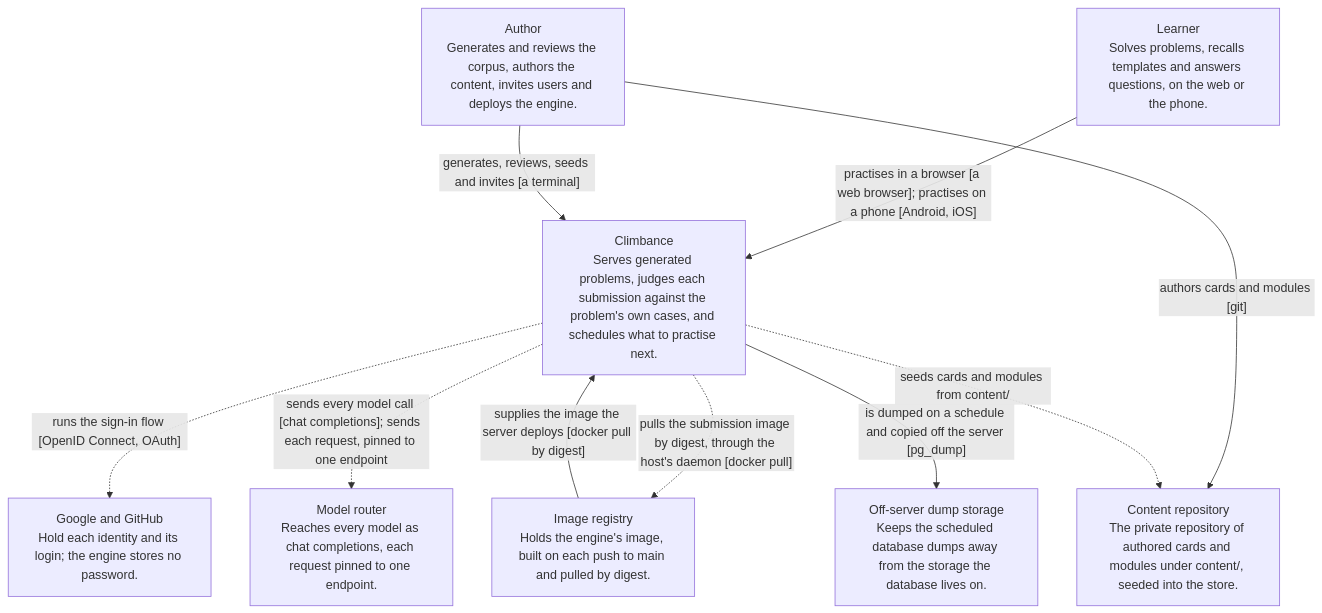
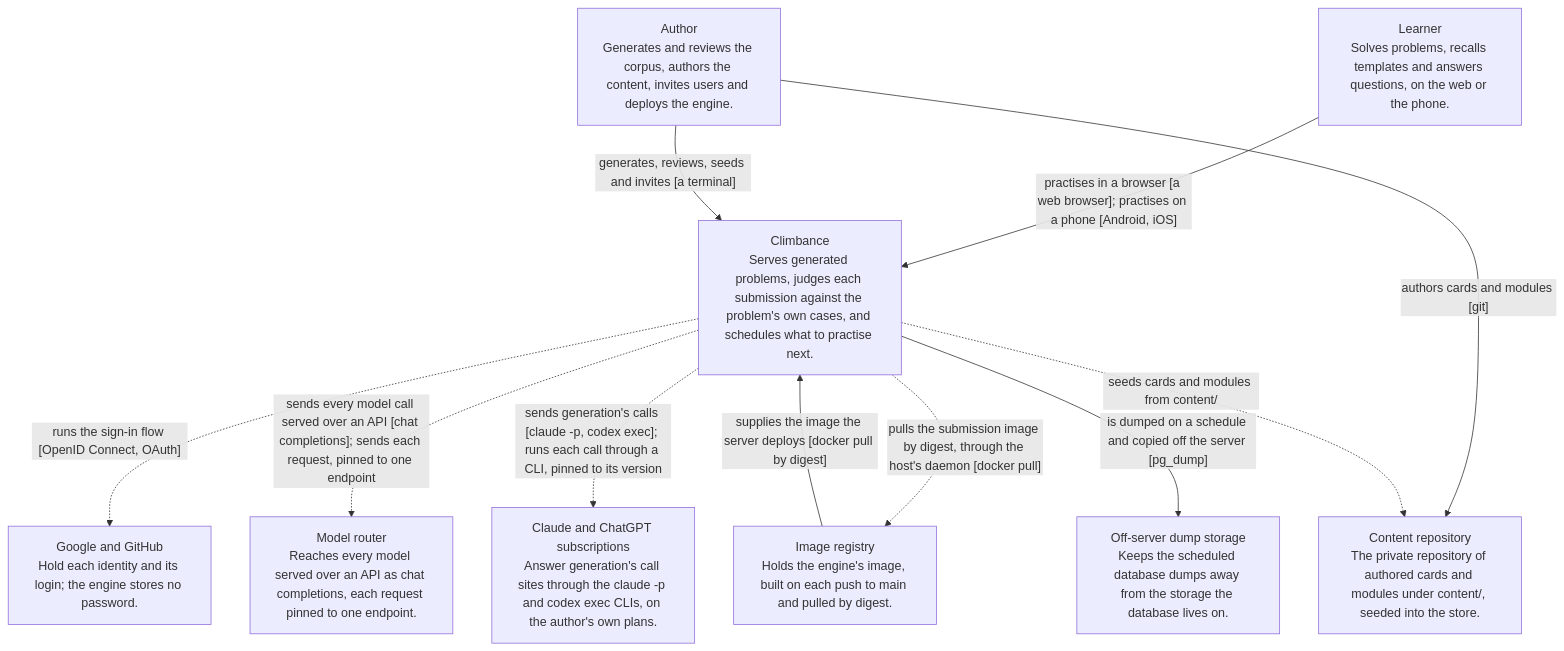
Before and after one commit to climbance/climbance: the first of 7 diagrams in docs/architecture/README.md, drawn with Mermaid. The commit also changed other lines of this file and 18 other files, not shown here.

First line of the commit message:
feat(calls): generate on the subscription CLIs

````diff
--- a/docs/architecture/README.md
+++ b/docs/architecture/README.md
@@ -15,20 +15,22 @@
 ```mermaid
 flowchart TB
     engine["Climbance<br/>Serves generated problems, judges each submission against the problem's own cases, and schedules what to practise next."]
     learner["Learner<br/>Solves problems, recalls templates and answers questions, on the web or the phone."]
     author["Author<br/>Generates and reviews the corpus, authors the content, invites users and deploys the engine."]
     identity_providers["Google and GitHub<br/>Hold each identity and its login; the engine stores no password."]
-    model_router["Model router<br/>Reaches every model as chat completions, each request pinned to one endpoint."]
+    model_router["Model router<br/>Reaches every model served over an API as chat completions, each request pinned to one endpoint."]
+    subscriptions["Claude and ChatGPT subscriptions<br/>Answer generation's call sites through the claude -p and codex exec CLIs, on the author's own plans."]
     content_repo["Content repository<br/>The private repository of authored cards and modules under content/, seeded into the store."]
     image_registry["Image registry<br/>Holds the engine's image, built on each push to main and pulled by digest."]
     offsite_dumps["Off-server dump storage<br/>Keeps the scheduled database dumps away from the storage the database lives on."]
     learner -->|"practises in a browser [a web browser]; practises on a phone [Android, iOS]"| engine
     author -->|"generates, reviews, seeds and invites [a terminal]"| engine
     author -->|"authors cards and modules [git]"| content_repo
     engine -.->|"runs the sign-in flow [OpenID Connect, OAuth]"| identity_providers
     engine -.->|"pulls the submission image by digest, through the host's daemon [docker pull]"| image_registry
-    engine -.->|"sends every model call [chat completions]; sends each request, pinned to one endpoint"| model_router
+    engine -.->|"sends every model call served over an API [chat completions]; sends each request, pinned to one endpoint"| model_router
+    engine -.->|"sends generation's calls [claude -p, codex exec]; runs each call through a CLI, pinned to its version"| subscriptions
     engine -.->|"seeds cards and modules from content/"| content_repo
     image_registry -->|"supplies the image the server deploys [docker pull by digest]"| engine
     engine -->|"is dumped on a schedule and copied off the server [pg_dump]"| offsite_dumps
 ```
````
